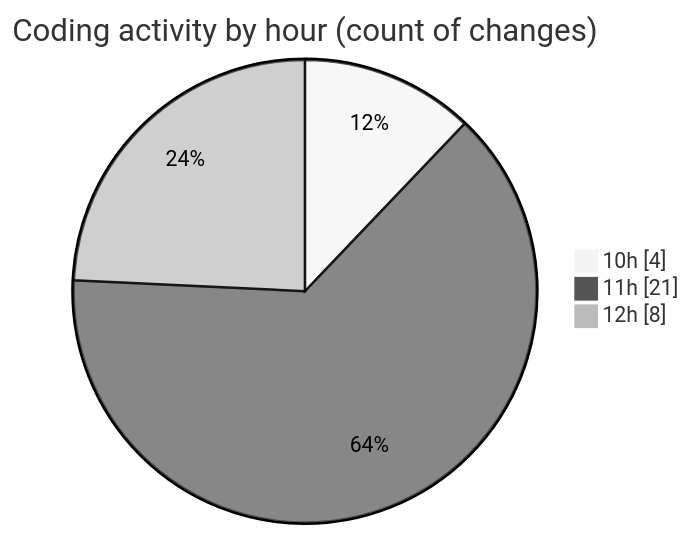
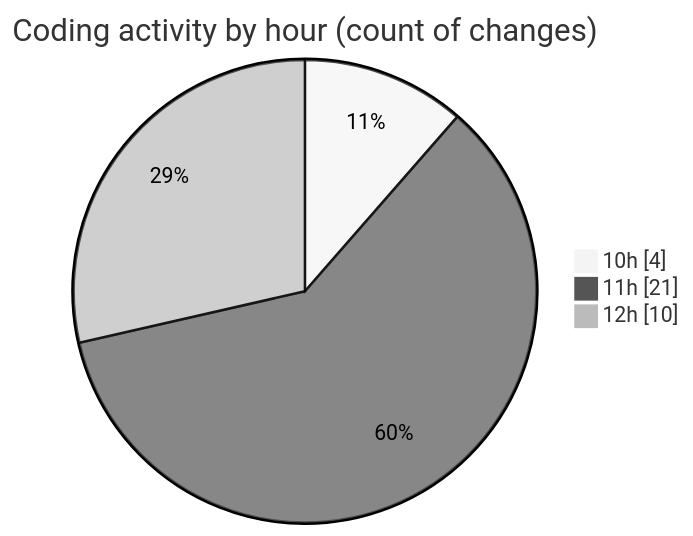
Before and after one commit to LanceThiago/code-tracking: the second of 2 diagrams in 2025-05-15/jogo/README.md, drawn with Mermaid (neutral theme). The commit also changed other lines of this file and 1 other file, not shown here.

````diff
--- a/2025-05-15/jogo/README.md
+++ b/2025-05-15/jogo/README.md
@@ -32,7 +32,7 @@
 ```mermaid
 pie showData
 title Coding activity by hour (count of changes)
 "10h" : 4
 "11h" : 21
-"12h" : 8
+"12h" : 10
 ```
````
